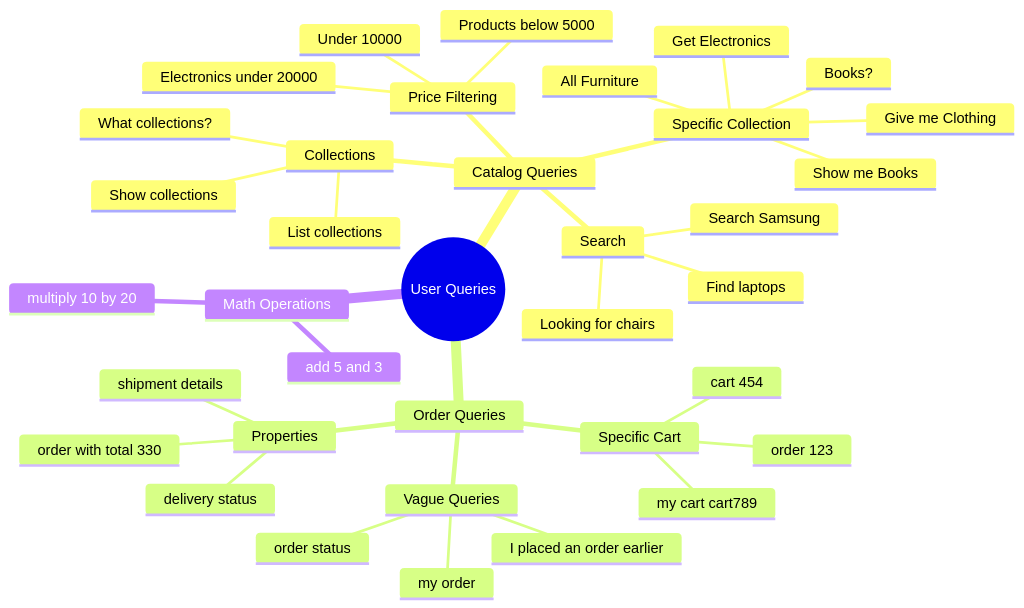
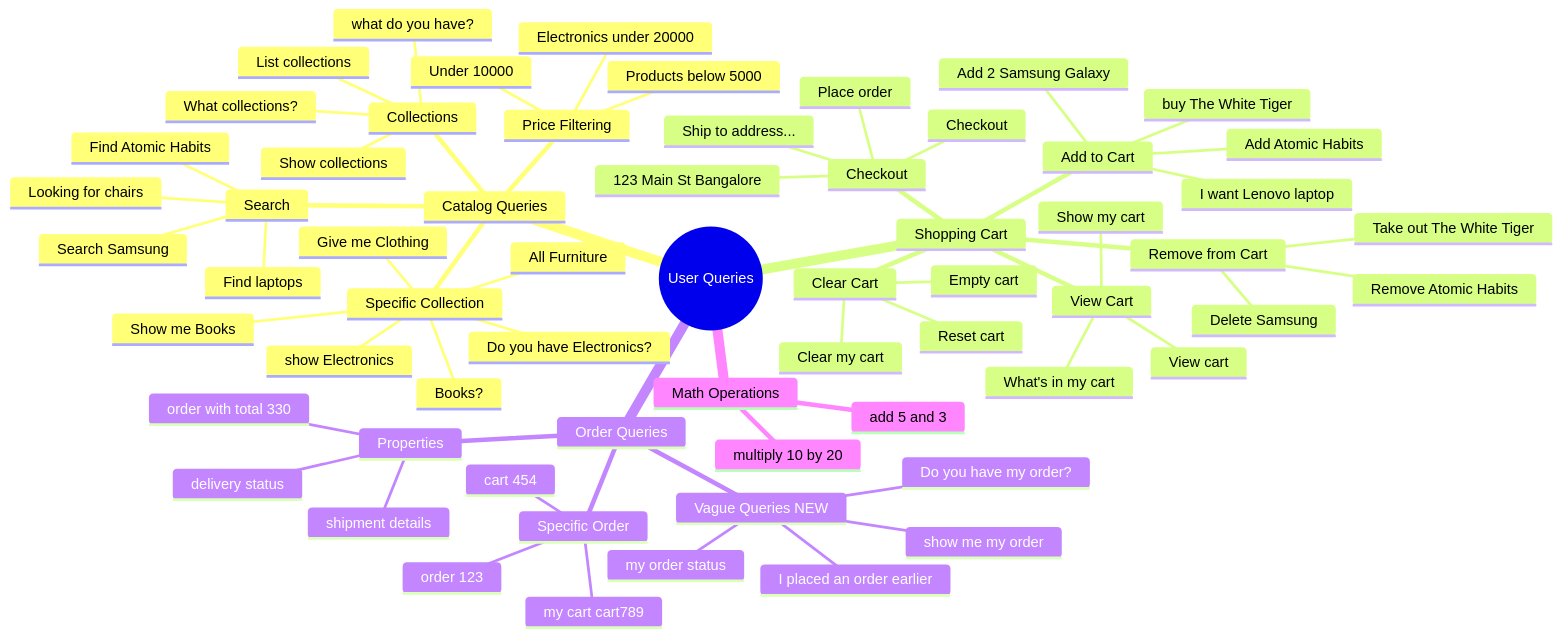
One commit to ts-cds-group-5/IISc-CapstoneProject-Repo changed the seventh of 14 diagrams in common/workflow_with_catalog_tools.md. Above: the diagram before and after it, drawn with Mermaid. The commit also changed other lines of this file, not shown here.

First line of the commit message:
docs: Update workflow diagrams for complete shopping system

````diff
--- a/common/workflow_with_catalog_tools.md
+++ b/common/workflow_with_catalog_tools.md
@@ -295,39 +419,66 @@
 ```mermaid
 mindmap
   root((User Queries))
     Catalog Queries
       Collections
         What collections?
         Show collections
         List collections
+        what do you have?
       Specific Collection
         Show me Books
-        Get Electronics
+        Do you have Electronics?
         All Furniture
         Books?
         Give me Clothing
+        show Electronics
       Price Filtering
         Under 10000
         Products below 5000
         Electronics under 20000
       Search
         Find laptops
         Search Samsung
         Looking for chairs
+        Find Atomic Habits
+    Shopping Cart
+      Add to Cart
+        Add Atomic Habits
+        Add 2 Samsung Galaxy
+        buy The White Tiger
+        I want Lenovo laptop
+      View Cart
+        Show my cart
+        View cart
+        What's in my cart
+      Remove from Cart
+        Remove Atomic Habits
+        Delete Samsung
+        Take out The White Tiger
+      Clear Cart
+        Clear my cart
+        Empty cart
+        Reset cart
+      Checkout
+        Checkout
+        Place order
+        123 Main St Bangalore
+        Ship to address...
     Order Queries
-      Specific Cart
+      Specific Order
         cart 454
         order 123
         my cart cart789
-      Vague Queries
+      Vague Queries NEW
+        Do you have my order?
+        show me my order
+        my order status
         I placed an order earlier
-        my order
-        order status
       Properties
         order with total 330
         shipment details
         delivery status
     Math Operations
       add 5 and 3
       multiply 10 by 20
 ```
````
